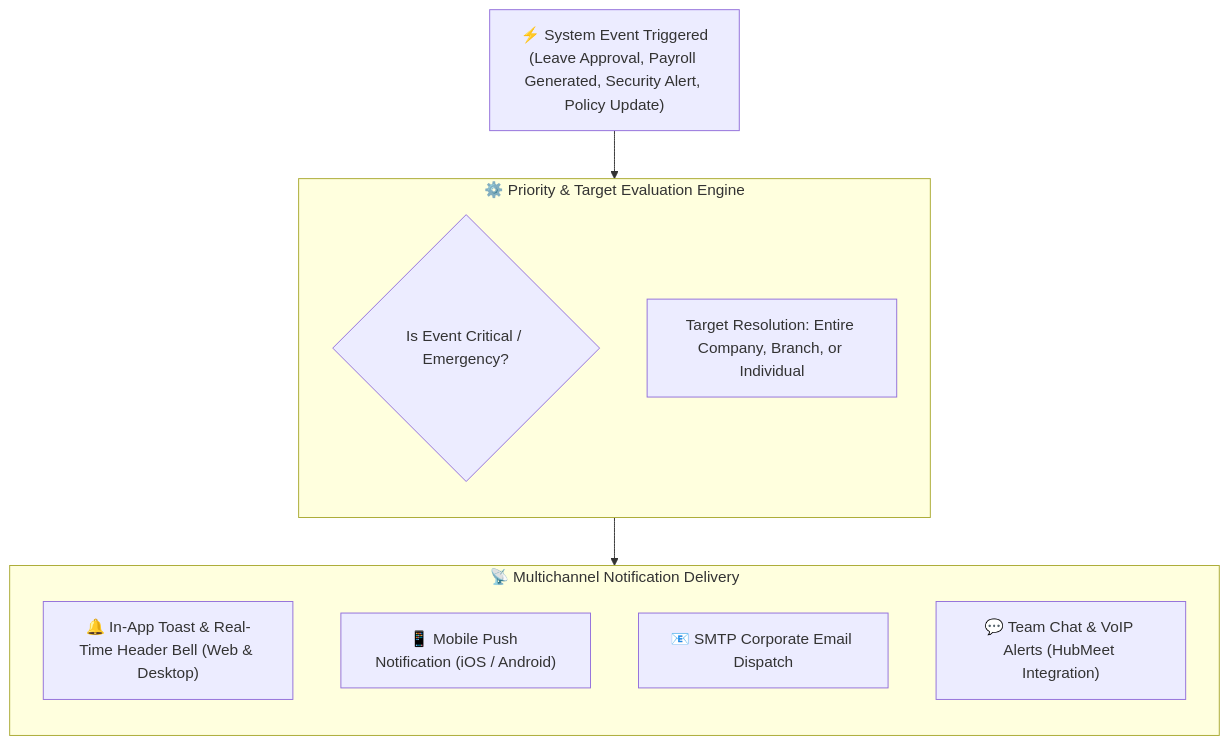
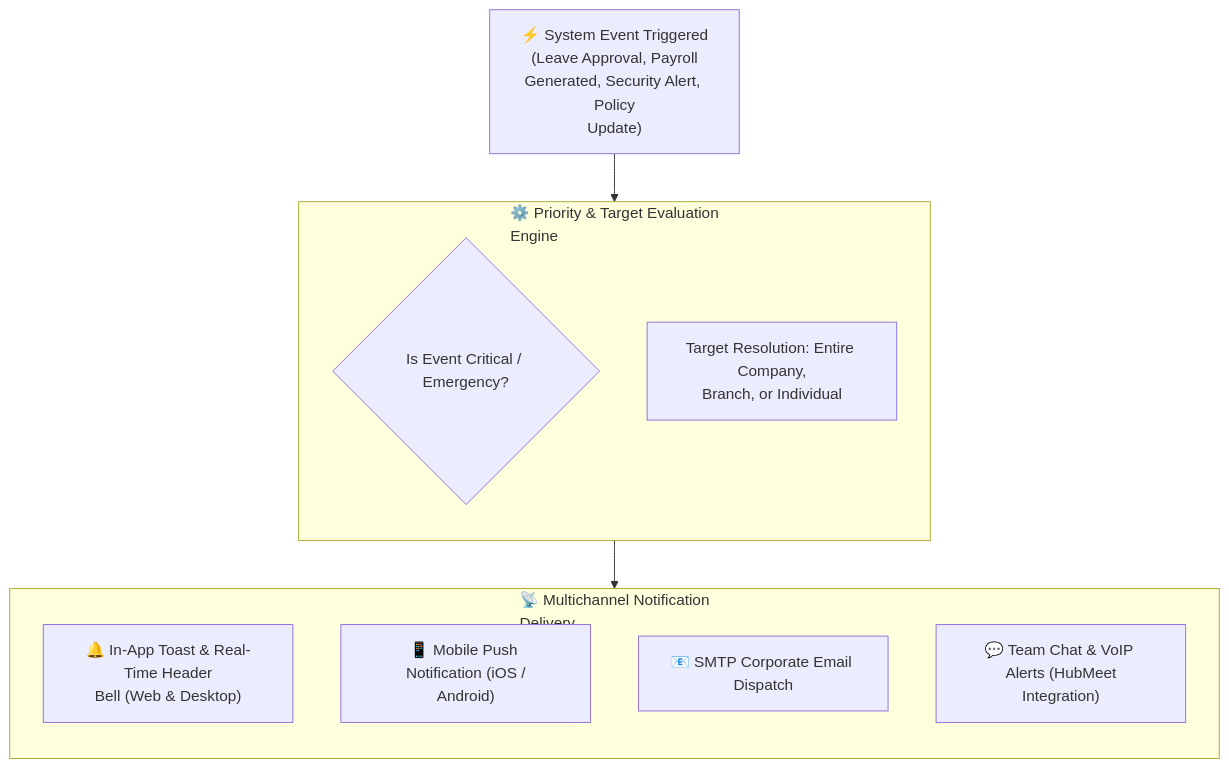
One commit to SRJ-GROUP/hubnest_user_guide changed the first of 2 diagrams in docs/hrms/notifications.md. Above: the diagram before and after it, drawn with Mermaid. The commit also changed other lines of this file and 161 other files, not shown here.

Commit message:
feat: complete HubMeet suite, supervisor portal docs, diagram fixes, and interactive eye-button zoom modal

````diff
--- a/docs/hrms/notifications.md
+++ b/docs/hrms/notifications.md
@@ -24,21 +24,21 @@
 ```mermaid
 graph TB
-    EventTrigger["⚡ System Event Triggered<br/>(Leave Approval, Payroll Generated, Security Alert, Policy Update)"]
+    EventTrigger["⚡ System Event Triggered<br/>(Leave Approval, Payroll<br/>Generated, Security Alert, Policy<br/>Update)"]
 
-    subgraph Router["⚙️ Priority & Target Evaluation Engine"]
+    subgraph Router["⚙️ Priority & Target Evaluation<br/>Engine"]
         direction TB
         R1{"Is Event Critical / Emergency?"}
-        R2["Target Resolution: Entire Company, Branch, or Individual"]
+        R2["Target Resolution: Entire Company,<br/>Branch, or Individual"]
     end
 
-    subgraph Channels["📡 Multichannel Notification Delivery"]
+    subgraph Channels["📡 Multichannel Notification<br/>Delivery"]
         direction TB
-        C1["🔔 In-App Toast & Real-Time Header Bell (Web & Desktop)"]
-        C2["📱 Mobile Push Notification (iOS / Android)"]
+        C1["🔔 In-App Toast & Real-Time Header<br/>Bell (Web & Desktop)"]
+        C2["📱 Mobile Push Notification (iOS /<br/>Android)"]
         C3["📧 SMTP Corporate Email Dispatch"]
-        C4["💬 Team Chat & VoIP Alerts (HubMeet Integration)"]
+        C4["💬 Team Chat & VoIP Alerts (HubMeet<br/>Integration)"]
     end
 
     EventTrigger --> Router
     Router --> Channels
 ```
````
